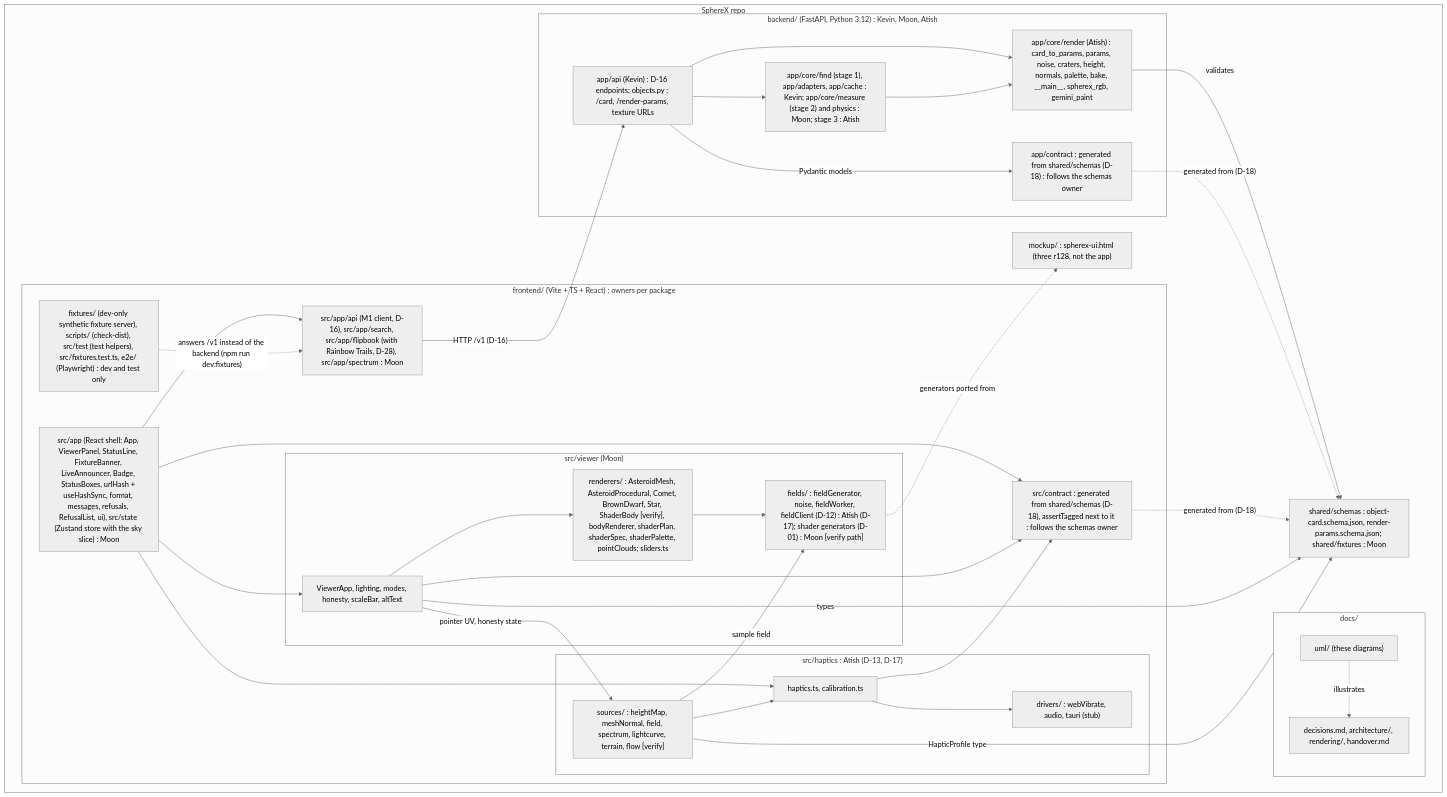
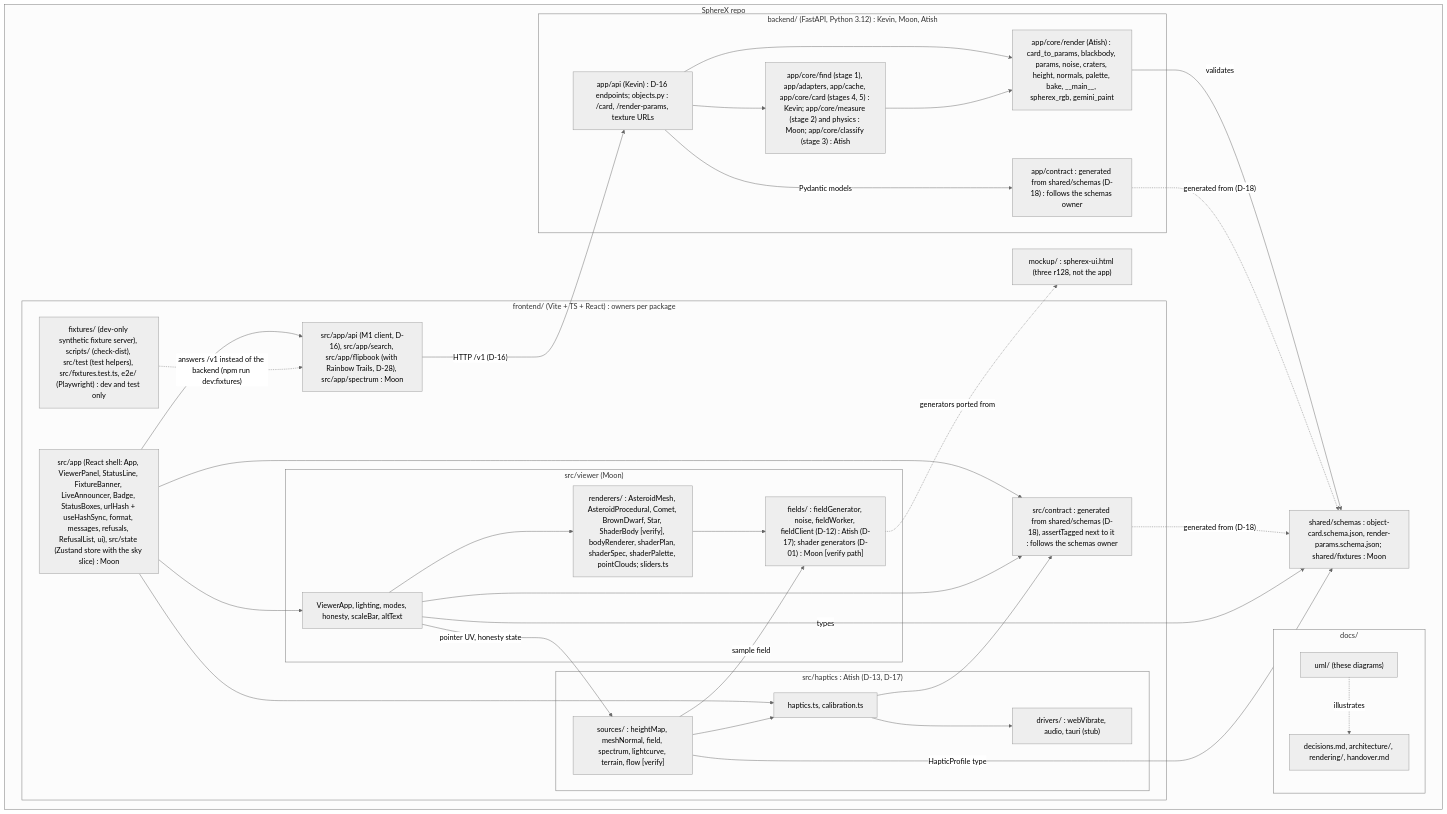
One commit to 0ffrian/SphereX changed the diagram in docs/uml/04-package.md. Above: the diagram before and after it, drawn with Mermaid (neutral theme). The commit also changed other lines of this file and 34 other files, not shown here.

First line of the commit message:
Add classify, asset store, ObjectCard and RenderParams endpoints (#5)

````diff
--- a/docs/uml/04-package.md
+++ b/docs/uml/04-package.md
@@ -5,64 +5,64 @@
 ```mermaid
 flowchart TB
   subgraph Repo["SphereX repo"]
     subgraph Docs["docs/"]
       DocSpecs["decisions.md, architecture/, rendering/, handover.md"]
       DocUML["uml/ (these diagrams)"]
     end
 
     Mockup["mockup/ : spherex-ui.html (three r128, not the app)"]
 
     subgraph Backend["backend/ (FastAPI, Python 3.12) : Kevin, Moon, Atish"]
       BApi["app/api (Kevin) : D-16 endpoints; objects.py : /card, /render-params, texture URLs"]
-      BPipe["app/core/find (stage 1), app/adapters, app/cache : Kevin; app/core/measure (stage 2) and physics : Moon; stage 3 : Atish"]
-      BRender["app/core/render (Atish) : card_to_params, params, noise, craters, height, normals, palette, bake, __main__, spherex_rgb, gemini_paint"]
+      BPipe["app/core/find (stage 1), app/adapters, app/cache, app/core/card (stages 4, 5) : Kevin; app/core/measure (stage 2) and physics : Moon; app/core/classify (stage 3) : Atish"]
+      BRender["app/core/render (Atish) : card_to_params, blackbody, params, noise, craters, height, normals, palette, bake, __main__, spherex_rgb, gemini_paint"]
       BContract["app/contract : generated from shared/schemas (D-18) : follows the schemas owner"]
     end
 
     subgraph Frontend["frontend/ (Vite + TS + React) : owners per package"]
       FApp["src/app (React shell: App, ViewerPanel, StatusLine, FixtureBanner, LiveAnnouncer, Badge, StatusBoxes, urlHash + useHashSync, format, messages, refusals, RefusalList, ui), src/state (Zustand store with the sky slice) : Moon"]
       FFlip["src/app/api (M1 client, D-16), src/app/search, src/app/flipbook (with Rainbow Trails, D-28), src/app/spectrum : Moon"]
       FDev["fixtures/ (dev-only synthetic fixture server), scripts/ (check-dist), src/test (test helpers), src/fixtures.test.ts, e2e/ (Playwright) : dev and test only"]
       FContract["src/contract : generated from shared/schemas (D-18), assertTagged next to it : follows the schemas owner"]
       subgraph FViewer["src/viewer (Moon)"]
         VCore["ViewerApp, lighting, modes, honesty, scaleBar, altText"]
         VRend["renderers/ : AsteroidMesh, AsteroidProcedural, Comet, BrownDwarf, Star, ShaderBody [verify], bodyRenderer, shaderPlan, shaderSpec, shaderPalette, pointClouds; sliders.ts"]
         VFields["fields/ : fieldGenerator, noise, fieldWorker, fieldClient (D-12) : Atish (D-17); shader generators (D-01) : Moon [verify path]"]
       end
       subgraph FHaptics["src/haptics : Atish (D-13, D-17)"]
         HCore["haptics.ts, calibration.ts"]
         HDrivers["drivers/ : webVibrate, audio, tauri (stub)"]
         HSources["sources/ : heightMap, meshNormal, field, spectrum, lightcurve, terrain, flow [verify]"]
       end
     end
 
     Schemas["shared/schemas : object-card.schema.json, render-params.schema.json; shared/fixtures : Moon"]
   end
 
   DocUML -.->|"illustrates"| DocSpecs
   BApi --> BPipe
   BApi --> BRender
   BPipe --> BRender
   BRender -->|"validates"| Schemas
   BApi -->|"Pydantic models"| BContract
   BContract -.->|"generated from (D-18)"| Schemas
 
   FApp --> VCore
   FApp --> FContract
   VCore --> FContract
   HCore --> FContract
   FContract -.->|"generated from (D-18)"| Schemas
   FApp --> HCore
   FApp --> FFlip
   FFlip -->|"HTTP /v1 (D-16)"| BApi
   FDev -.->|"answers /v1 instead of the backend (npm run dev:fixtures)"| FFlip
   VCore --> VRend
   VRend --> VFields
   VCore -->|"pointer UV, honesty state"| HSources
   HSources --> HCore
   HSources -->|"sample field"| VFields
   HCore --> HDrivers
   VCore -->|"types"| Schemas
   HSources -->|"HapticProfile type"| Schemas
   VFields -.->|"generators ported from"| Mockup
 ```
````
